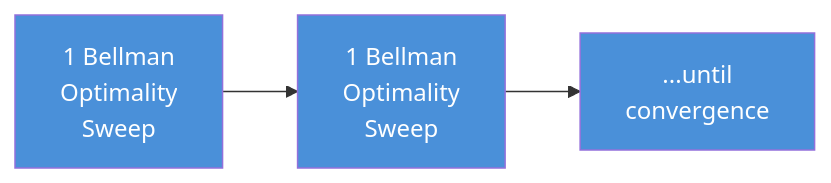
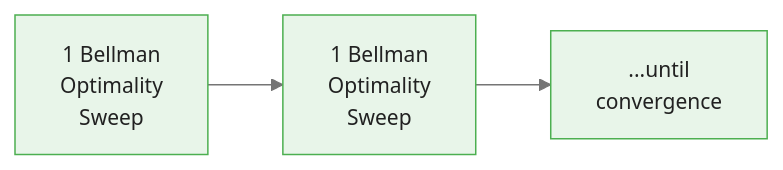
The second of 6 diagrams in courses/reinforcement-learning/modules/module_01_dynamic_programming/guides/03_value_iteration_slides.md (m-deane/course-creator), drawn with Mermaid before and after one commit. The commit also changed other lines of this file and 131 other files, not shown here.

````diff
--- a/courses/reinforcement-learning/modules/module_01_dynamic_programming/guides/03_value_iteration_slides.md
+++ b/courses/reinforcement-learning/modules/module_01_dynamic_programming/guides/03_value_iteration_slides.md
@@ -80,8 +94,6 @@
 ```mermaid
+%%{init: {"theme": "base", "themeVariables": {"primaryColor": "#e8f5e9", "primaryBorderColor": "#4caf50", "primaryTextColor": "#212121", "secondaryColor": "#e3f2fd", "tertiaryColor": "#fff8e1", "lineColor": "#757575", "fontFamily": "Inter, sans-serif", "fontSize": "14px"}}}%%
 flowchart LR
     S1["1 Bellman\nOptimality\nSweep"] --> S1b["1 Bellman\nOptimality\nSweep"]
     S1b --> S1c["...until\nconvergence"]
-    style S1 fill:#4a90d9,color:#fff
-    style S1b fill:#4a90d9,color:#fff
-    style S1c fill:#4a90d9,color:#fff
 ```
````
